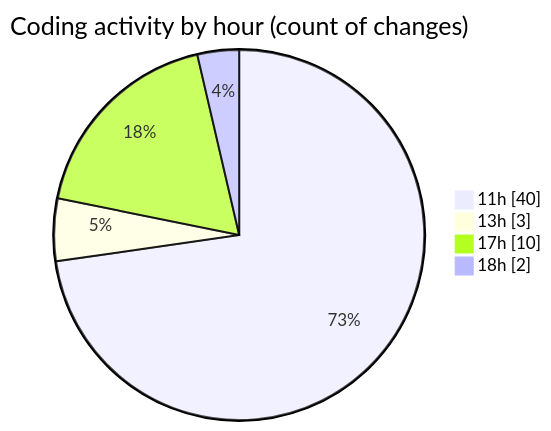
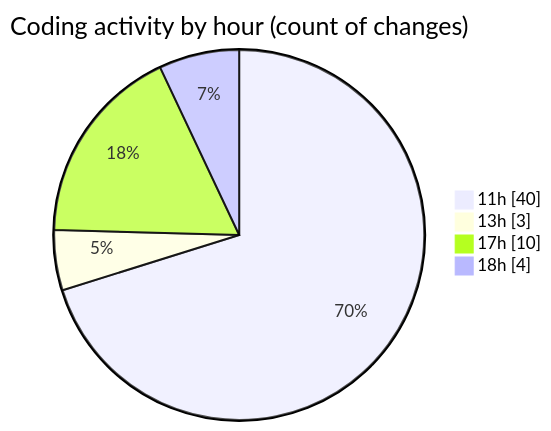
One commit to charlie-sans/code-tracking changed the second of 2 diagrams in 2025-04-30/uhigh-lang/README.md. Above: the diagram before and after it, drawn with Mermaid. The commit also changed other lines of this file and 1 other file, not shown here.

````diff
--- a/2025-04-30/uhigh-lang/README.md
+++ b/2025-04-30/uhigh-lang/README.md
@@ -37,8 +37,8 @@
 ```mermaid
 pie showData
 title Coding activity by hour (count of changes)
 "11h" : 40
 "13h" : 3
 "17h" : 10
-"18h" : 2
+"18h" : 4
 ```
````
